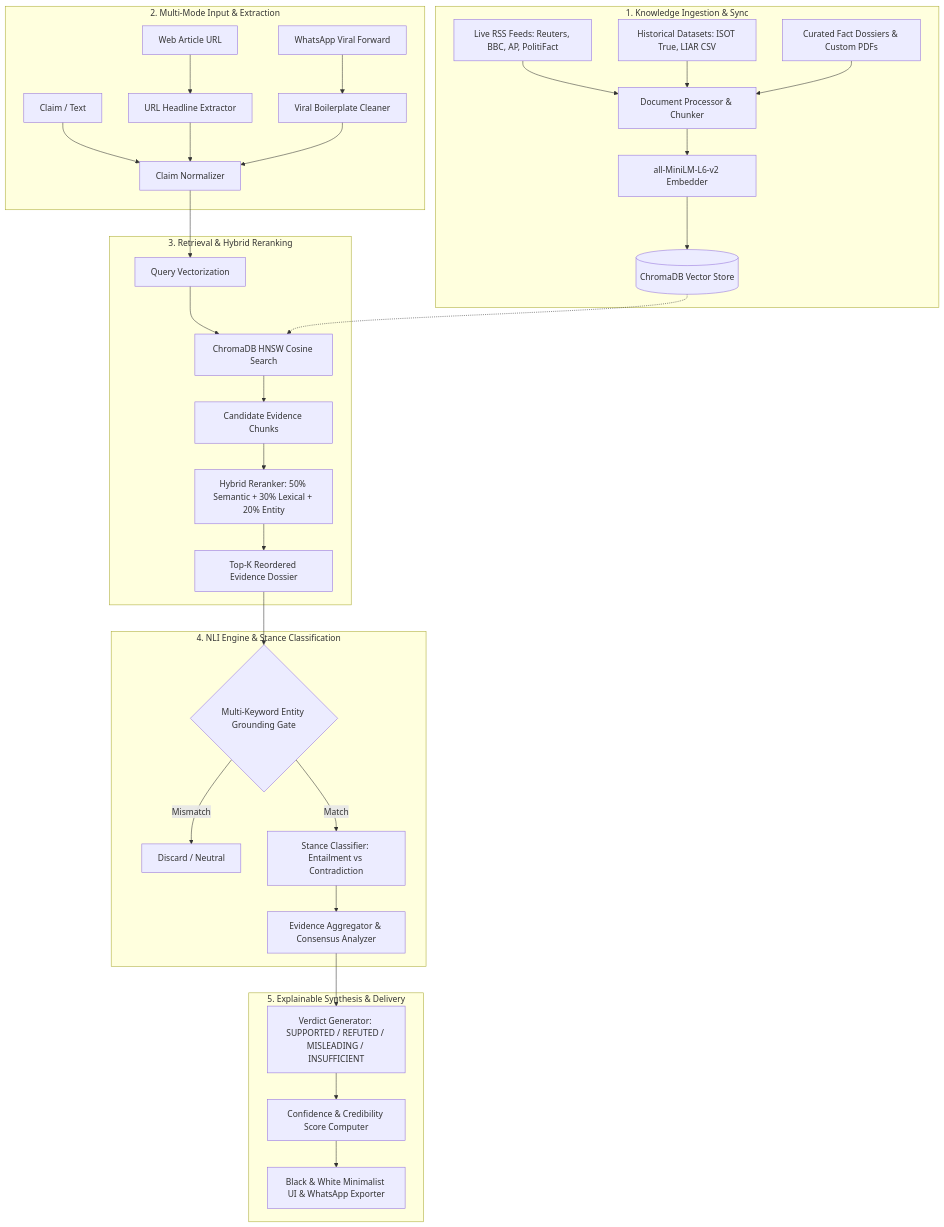
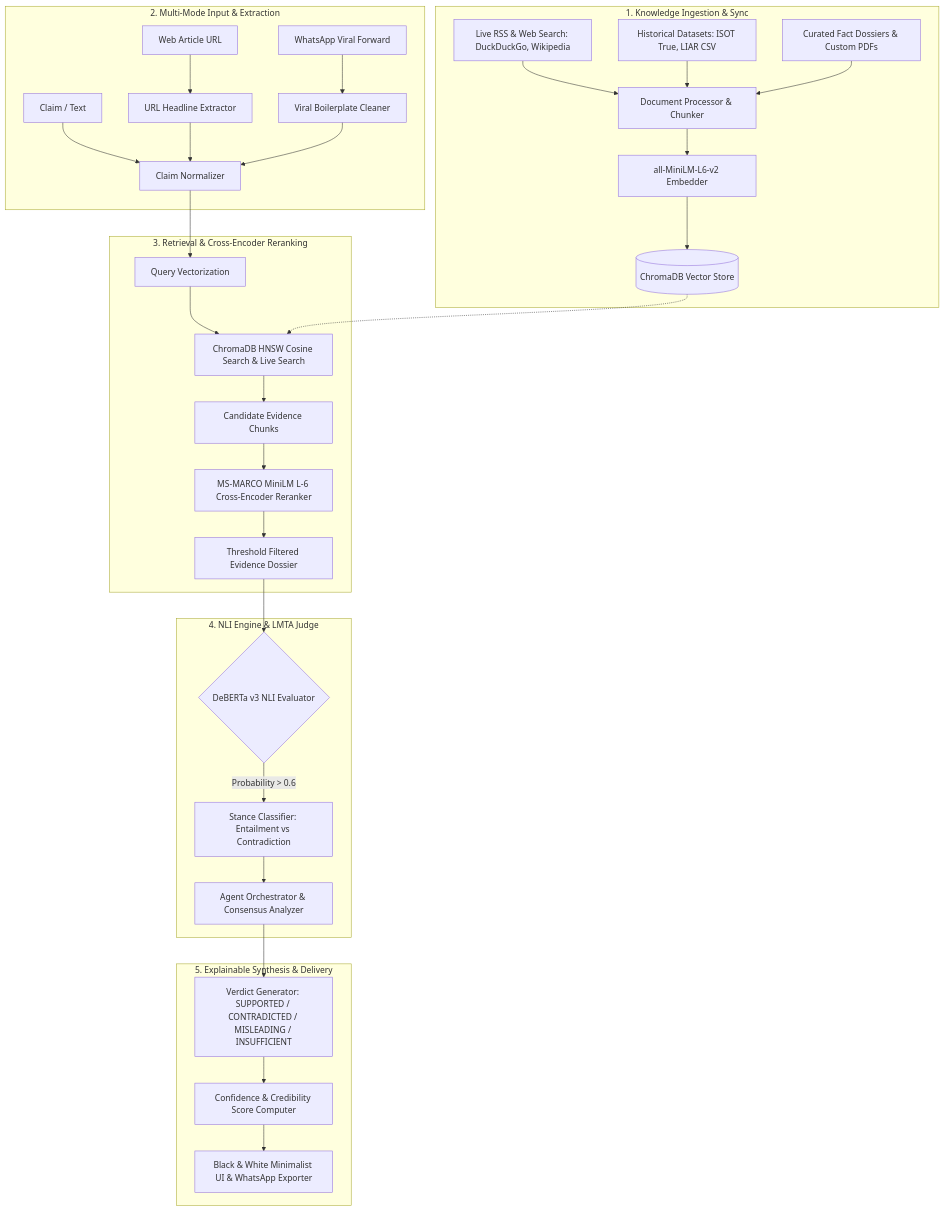
The diagram in README.md (Prashantj44/Truth-Lens), drawn with Mermaid before and after one commit. The commit also changed other lines of this file, not shown here.

Commit message:
docs: highly detailed README for V.o.2 LMTA and Vercel deployment

````diff
--- a/README.md
+++ b/README.md
@@ -59,38 +77,37 @@
 ```mermaid
 graph TD
     subgraph Ingestion["1. Knowledge Ingestion & Sync"]
-        A1[Live RSS Feeds: Reuters, BBC, AP, PolitiFact] --> B1[Document Processor & Chunker]
+        A1[Live RSS & Web Search: DuckDuckGo, Wikipedia] --> B1[Document Processor & Chunker]
         A2[Historical Datasets: ISOT True, LIAR CSV] --> B1
         A3[Curated Fact Dossiers & Custom PDFs] --> B1
         B1 --> C1[all-MiniLM-L6-v2 Embedder]
         C1 --> D1[(ChromaDB Vector Store)]
     end
 
     subgraph UserFlow["2. Multi-Mode Input & Extraction"]
         U1[Claim / Text] --> P1[Claim Normalizer]
         U2[Web Article URL] --> P2[URL Headline Extractor] --> P1
         U3[WhatsApp Viral Forward] --> P3[Viral Boilerplate Cleaner] --> P1
     end
 
-    subgraph RAGCore["3. Retrieval & Hybrid Reranking"]
+    subgraph RAGCore["3. Retrieval & Cross-Encoder Reranking"]
         P1 --> Q1[Query Vectorization]
-        Q1 --> R1[ChromaDB HNSW Cosine Search]
+        Q1 --> R1[ChromaDB HNSW Cosine Search & Live Search]
         D1 -.-> R1
         R1 --> S1[Candidate Evidence Chunks]
-        S1 --> S2[Hybrid Reranker: 50% Semantic + 30% Lexical + 20% Entity]
-        S2 --> S3[Top-K Reordered Evidence Dossier]
+        S1 --> S2[MS-MARCO MiniLM L-6 Cross-Encoder Reranker]
+        S2 --> S3[Threshold Filtered Evidence Dossier]
     end
 
-    subgraph Verification["4. NLI Engine & Stance Classification"]
-        S3 --> N1{Multi-Keyword Entity Grounding Gate}
-        N1 -->|Mismatch| N2[Discard / Neutral]
-        N1 -->|Match| N3[Stance Classifier: Entailment vs Contradiction]
-        N3 --> N4[Evidence Aggregator & Consensus Analyzer]
+    subgraph Verification["4. NLI Engine & LMTA Judge"]
+        S3 --> N1{DeBERTa v3 NLI Evaluator}
+        N1 -->|Probability > 0.6| N3[Stance Classifier: Entailment vs Contradiction]
+        N3 --> N4[Agent Orchestrator & Consensus Analyzer]
     end
 
     subgraph Synthesis["5. Explainable Synthesis & Delivery"]
-        N4 --> V1[Verdict Generator: SUPPORTED / REFUTED / MISLEADING / INSUFFICIENT]
+        N4 --> V1[Verdict Generator: SUPPORTED / CONTRADICTED / MISLEADING / INSUFFICIENT]
         V1 --> V2[Confidence & Credibility Score Computer]
         V2 --> V3[Black & White Minimalist UI & WhatsApp Exporter]
     end
 ```
````
